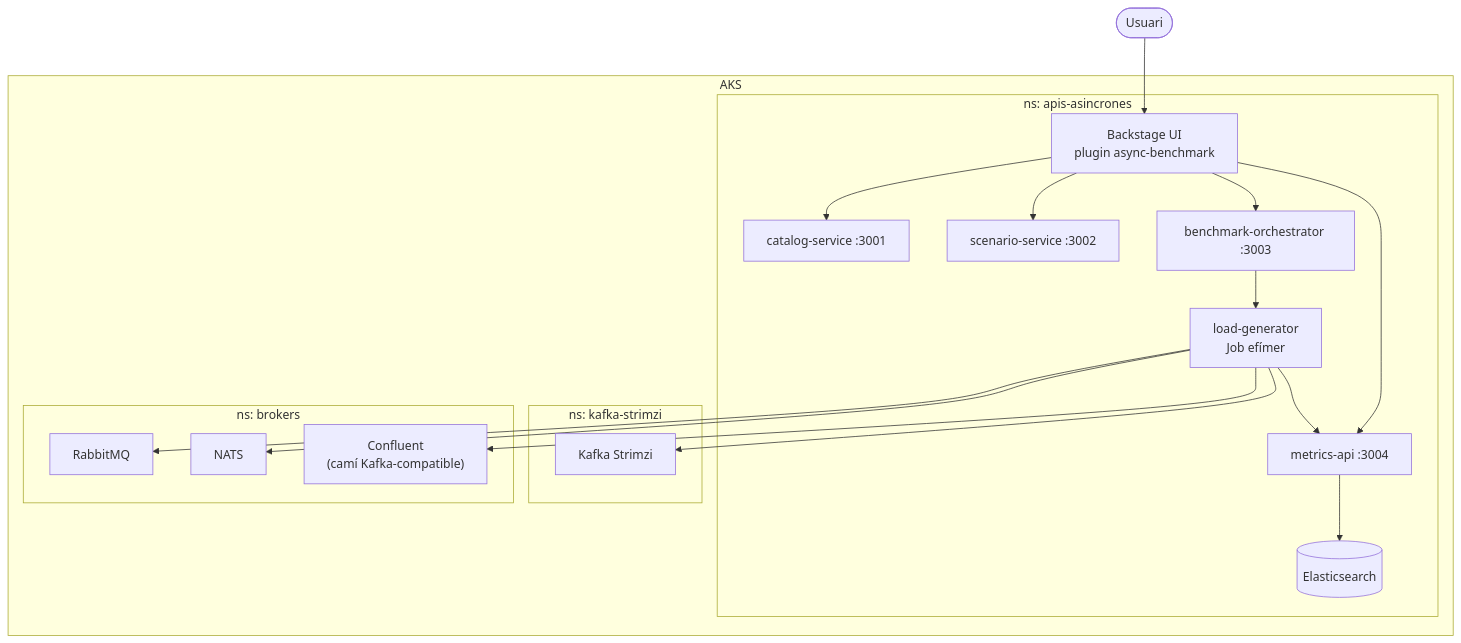
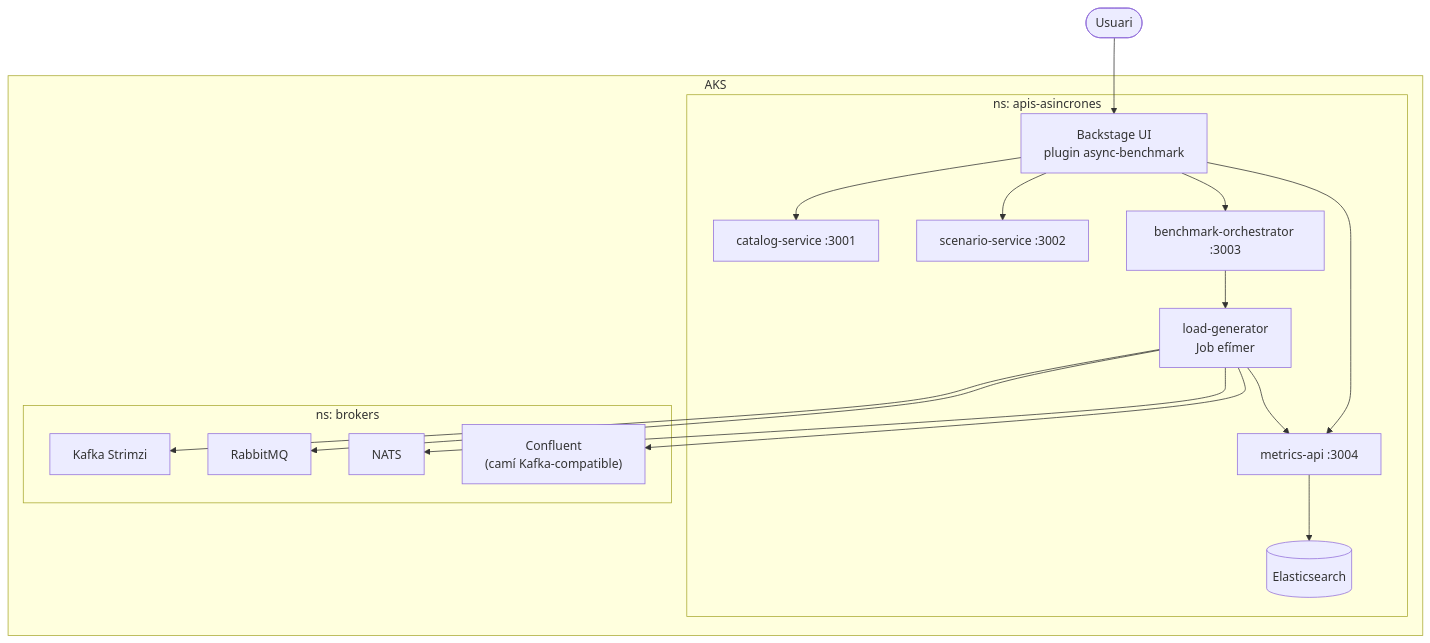
Before and after one commit to marcfontt/apis-asincrones: the diagram in README.md, drawn with Mermaid. The commit also changed other lines of this file and 22 other files, not shown here.

````diff
--- a/README.md
+++ b/README.md
@@ -70,38 +72,35 @@
 ```mermaid
 flowchart TB
     user(["Usuari"]) --> backstage["Backstage UI<br/>plugin async-benchmark"]
 
     subgraph aks["AKS"]
         subgraph app["ns: apis-asincrones"]
             backstage
             catalog["catalog-service :3001"]
             scenario["scenario-service :3002"]
             orchestrator["benchmark-orchestrator :3003"]
             metrics["metrics-api :3004"]
             es[("Elasticsearch")]
             loadgen["load-generator<br/>Job efímer"]
         end
 
-        subgraph kafka["ns: kafka-strimzi"]
+        subgraph brokers["ns: brokers"]
             kafkaBroker["Kafka Strimzi"]
-        end
-
-        subgraph brokers["ns: brokers"]
             rabbit["RabbitMQ"]
             nats["NATS"]
             confluent["Confluent<br/>(camí Kafka-compatible)"]
         end
     end
 
     backstage --> catalog
     backstage --> scenario
     backstage --> orchestrator
     backstage --> metrics
     orchestrator --> loadgen
     loadgen --> kafkaBroker
     loadgen --> rabbit
     loadgen --> nats
     loadgen --> confluent
     loadgen --> metrics
     metrics --> es
 ```
````
